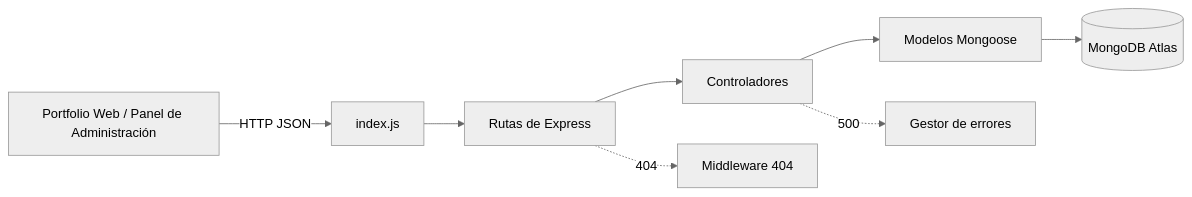
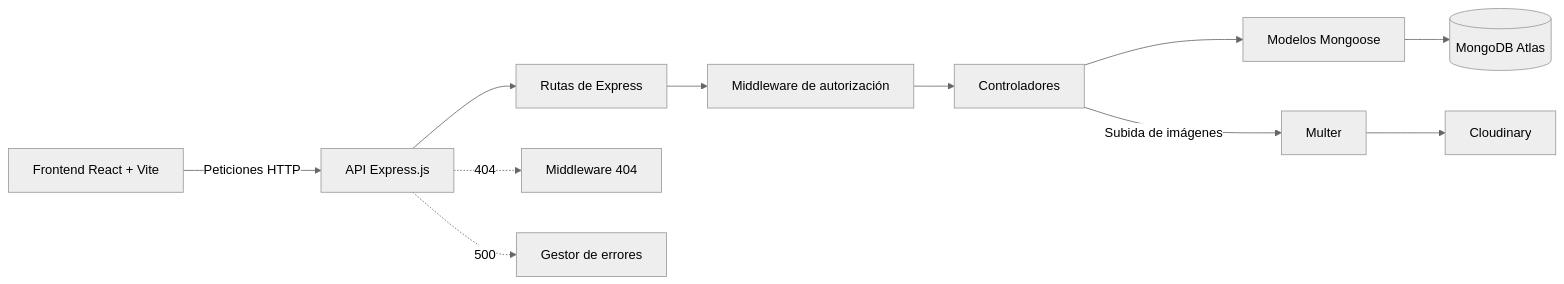
Before and after one commit to Allison-Eigsti/portfolio-dina: the diagram in README.md, drawn with Mermaid (neutral theme). The commit also changed other lines of this file and 16 other files, not shown here.

````diff
--- a/README.md
+++ b/README.md
@@ -7,10 +13,18 @@
 ```mermaid
 flowchart LR
-    Client[Portfolio Web / Panel de Administración] -->|HTTP JSON| Server[index.js]
-    Server --> Routes[Rutas de Express]
-    Routes --> Controllers[Controladores]
+
+    Frontend[Frontend React + Vite] -->|Peticiones HTTP| API[API Express.js]
+
+    API --> Routes[Rutas de Express]
+    Routes --> Auth[Middleware de autorización]
+    Auth --> Controllers[Controladores]
+
     Controllers --> Models[Modelos Mongoose]
     Models --> DB[(MongoDB Atlas)]
-    Routes -.->|404| NotFound[Middleware 404]
-    Controllers -.->|500| ErrorHandler[Gestor de errores]
+
+    Controllers -->|Subida de imágenes| Multer[Multer]
+    Multer --> Cloudinary[Cloudinary]
+
+    API -.->|404| NotFound[Middleware 404]
+    API -.->|500| ErrorHandler[Gestor de errores]
 ```
````
